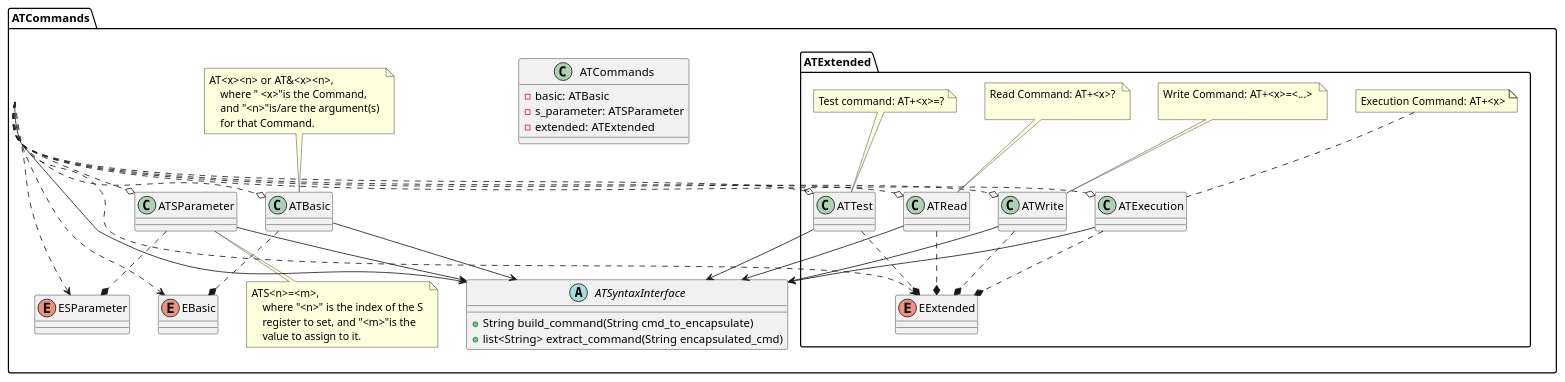
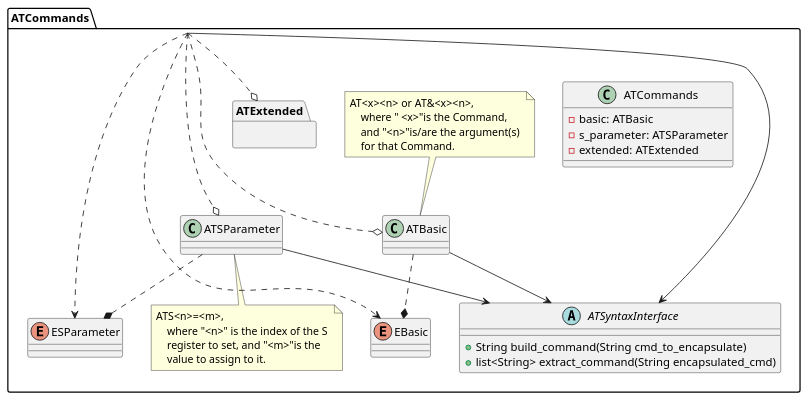
Before and after one commit to NielsDyrberg/gsm_automation: the diagram in gsm/ATCommands/design.puml, drawn with PlantUML. The commit also changed 9 other files, not shown here.

```diff
--- a/gsm/ATCommands/design.puml
+++ b/gsm/ATCommands/design.puml
@@ -1,79 +1,52 @@
 @startuml
 'https://plantuml.com/class-diagram
 
 
 package "ATCommands" {
     enum EBasic
     enum ESParameter
 
     class ATCommands
     {
     - basic: ATBasic
     - s_parameter: ATSParameter
     - extended: ATExtended
     }
 
     class ATBasic
     note top: AT<x><n> or AT&<x><n>, \n\
     where " <x>"is the Command, \n\
     and "<n>"is/are the argument(s) \n\
     for that Command.
 
     class ATSParameter
     note bottom: ATS<n>=<m>, \n\
     where "<n>" is the index of the S \n\
     register to set, and "<m>"is the \n\
     value to assign to it.
 
-    package "ATExtended" {
-
-    enum EExtended
-
-    class ATTest
-    note top: Test command: AT+<x>=?
-
-    class ATRead
-    note top: Read Command: AT+<x>? \n\
-
-    class ATWrite
-    note top: Write Command: AT+<x>=<...> \n\
-
-    class ATExecution
-    note top: Execution Command: AT+<x>
-    }
+    package "ATExtended" {}
 
     abstract class ATSyntaxInterface
     {
     + String build_command(String cmd_to_encapsulate)
     + list<String> extract_command(String encapsulated_cmd)
     }
 }
 
 
 ATCommands ..o ATBasic
 ATCommands ..o ATSParameter
-ATCommands ..o ATTest
-ATCommands ..o ATRead
-ATCommands ..o ATWrite
-ATCommands ..o ATExecution
+ATCommands ..o "ATExtended"
 
 ATCommands ..> EBasic
 ATCommands ..> ESParameter
-ATCommands ..> EExtended
 
 ATBasic ..* EBasic
 ATSParameter ..* ESParameter
-ATTest ..* EExtended
-ATRead ..* EExtended
-ATWrite ..* EExtended
-ATExecution ..* EExtended
 
 ATCommands --> ATSyntaxInterface
 ATBasic --> ATSyntaxInterface
 ATSParameter --> ATSyntaxInterface
-ATTest --> ATSyntaxInterface
-ATRead --> ATSyntaxInterface
-ATWrite --> ATSyntaxInterface
-ATExecution --> ATSyntaxInterface
 
 @enduml
```
